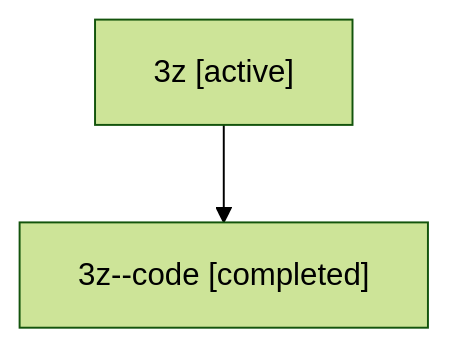
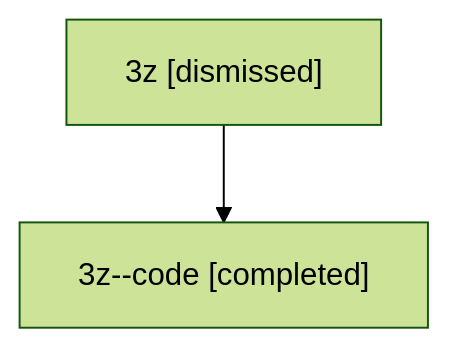
Before and after one commit to sase-org/sase--agents: the diagram in sessions/bbugyi200.athena.3z.md, drawn with Mermaid (forest theme). The commit also changed other lines of this file and 57 other files, not shown here.

````diff
--- a/sessions/bbugyi200.athena.3z.md
+++ b/sessions/bbugyi200.athena.3z.md
@@ -9,6 +9,6 @@
 ```mermaid
 flowchart TD
-  n0["3z [active]"]
+  n0["3z [dismissed]"]
   n1["3z--code [completed]"]
   n0 --> n1
 ```
````
